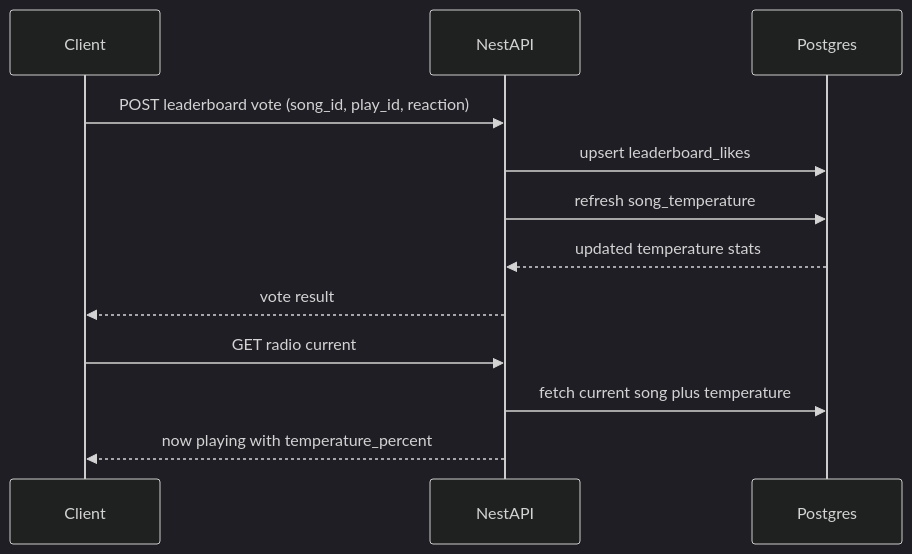
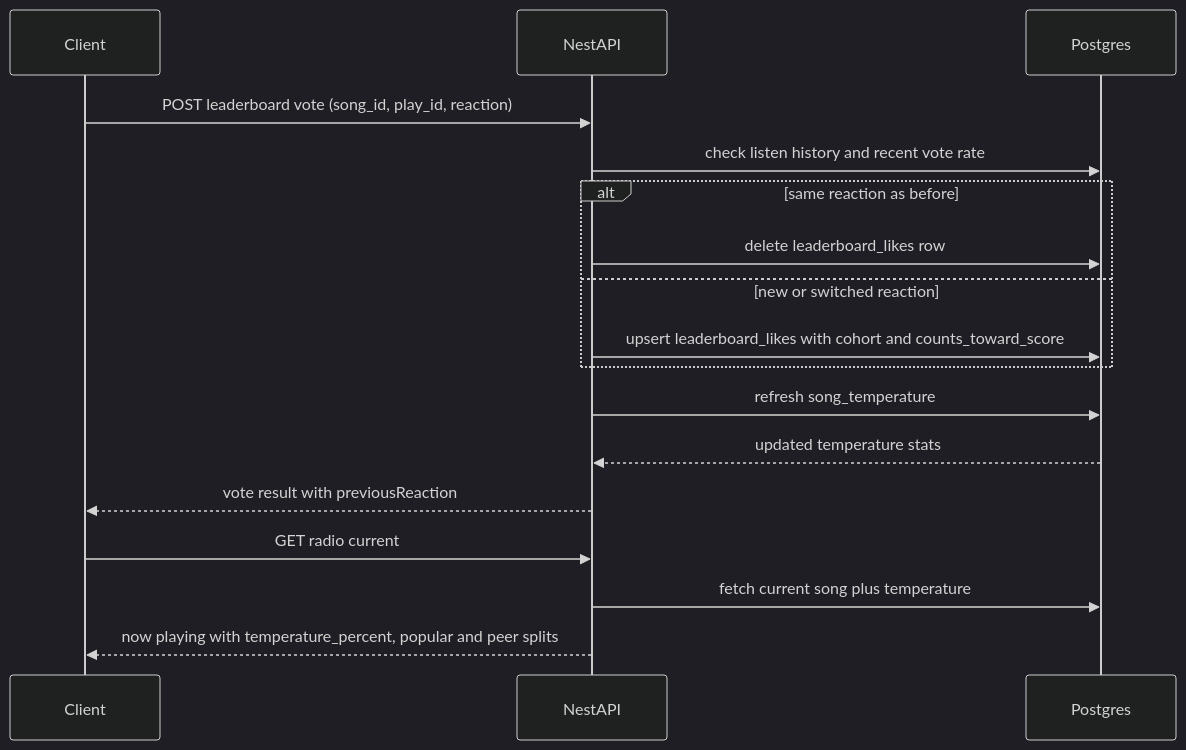
One commit to Tmaku18/RADIOapp changed diagram 14 of 14 in docs/UML/uml-diagrams.md. Above: the diagram before and after it, drawn with Mermaid (dark theme). The commit also changed other lines of this file and 64 other files, not shown here.

````diff
--- a/docs/UML/uml-diagrams.md
+++ b/docs/UML/uml-diagrams.md
@@ -241,15 +345,20 @@
 ```mermaid
 sequenceDiagram
   participant Client as Client
   participant Api as NestAPI
   participant Db as Postgres
 
   Client->>Api: POST leaderboard vote (song_id, play_id, reaction)
-  Api->>Db: upsert leaderboard_likes
+  Api->>Db: check listen history and recent vote rate
+  alt same reaction as before
+    Api->>Db: delete leaderboard_likes row
+  else new or switched reaction
+    Api->>Db: upsert leaderboard_likes with cohort and counts_toward_score
+  end
   Api->>Db: refresh song_temperature
   Db-->>Api: updated temperature stats
-  Api-->>Client: vote result
+  Api-->>Client: vote result with previousReaction
   Client->>Api: GET radio current
   Api->>Db: fetch current song plus temperature
-  Api-->>Client: now playing with temperature_percent
+  Api-->>Client: now playing with temperature_percent, popular and peer splits
 ```
````
